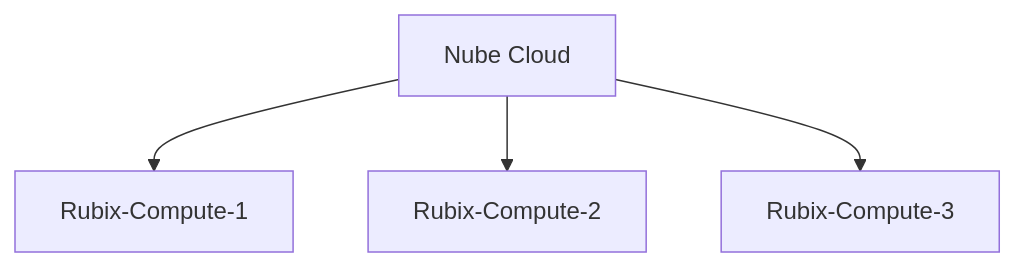
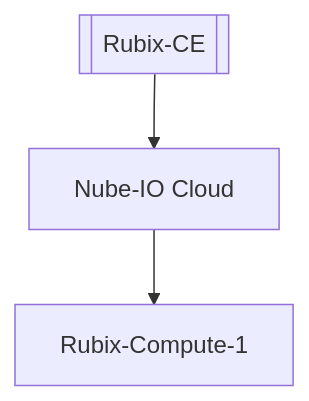
One commit to NubeIO/rubix-ce-docs changed the second of 2 diagrams in docs/rubix-ce/setup/host.md. Above: the diagram before and after it, drawn with Mermaid. The commit also changed other lines of this file and 9 other files, not shown here.

````diff
--- a/docs/rubix-ce/setup/host.md
+++ b/docs/rubix-ce/setup/host.md
@@ -21,6 +62,5 @@
 ```mermaid
 flowchart TD
-    C[Nube Cloud] --> D[Rubix-Compute-1]
-    C --> E[Rubix-Compute-2]
-    C --> F[Rubix-Compute-3]
+    A[[Rubix-CE]] --> B[Nube-IO Cloud]
+    B[Nube-IO Cloud]--> C[Rubix-Compute-1]
 ```
````
